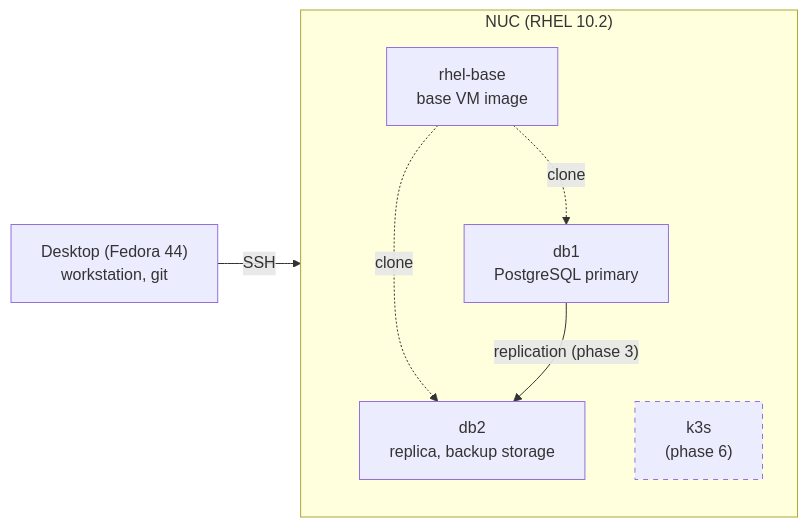
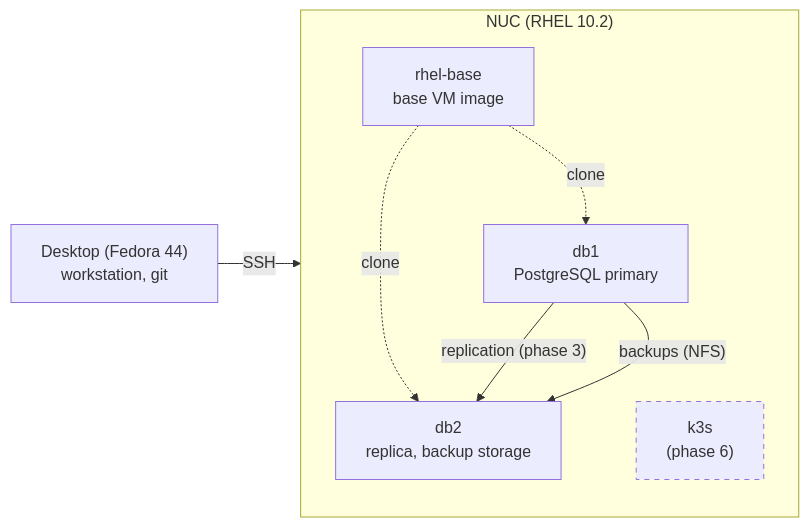
Before and after one commit to marin-orejas/rhel-data-platform: the diagram in README.md, drawn with Mermaid. The commit also changed 1 other file, not shown here.

Commit message:
docs(roadmap): mark NFS share done

````diff
--- a/README.md
+++ b/README.md
@@ -13,16 +13,17 @@
 ```mermaid
 flowchart LR
     desk["Desktop (Fedora 44)<br/>workstation, git"]
     subgraph nuc["NUC (RHEL 10.2)"]
         base["rhel-base<br/>base VM image"]
         db1["db1<br/>PostgreSQL primary"]
         db2["db2<br/>replica, backup storage"]
         k3s["k3s<br/>(phase 6)"]
         base -. clone .-> db1
         base -. clone .-> db2
         db1 -- "replication (phase 3)" --> db2
+        db1 -- "backups (NFS)" --> db2
     end
     desk -- SSH --> nuc
     classDef planned stroke-dasharray: 5 5
     class k3s planned
 ```
````
